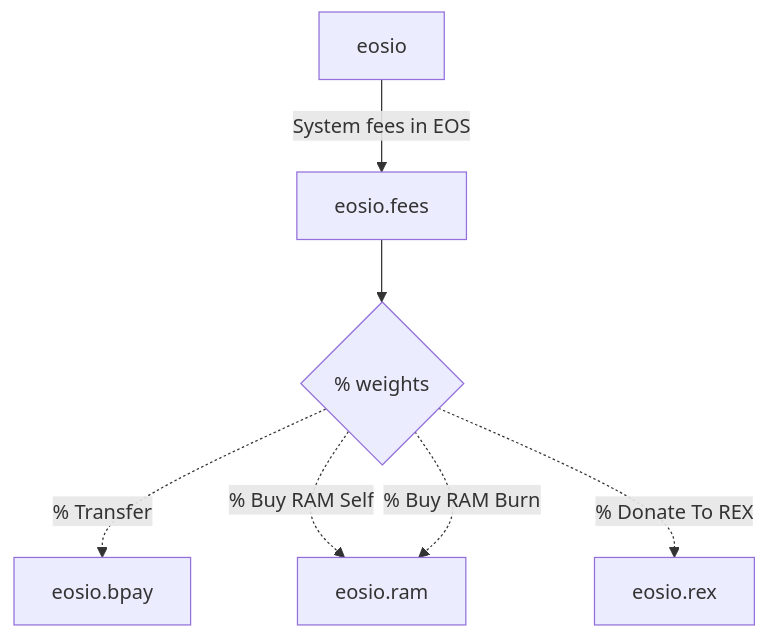
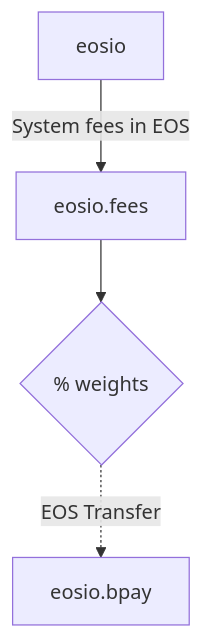
The diagram in README.md (eosnetworkfoundation/eosio.fees), drawn with Mermaid before and after one commit.

Commit message:
update diagram

````diff
--- a/README.md
+++ b/README.md
@@ -7,9 +7,6 @@
 ```mermaid
 graph TD
     eosio --> |System fees in EOS| eosio.fees
     eosio.fees --> weights{% weights}
-    weights -.-> |% Transfer| eosio.bpay
-    weights -.-> |% Buy RAM Self | eosio.ram
-    weights -.-> |% Buy RAM Burn | eosio.ram
-    weights -.-> |% Donate To REX | eosio.rex
+    weights -.-> |EOS Transfer| eosio.bpay
 ```
````
